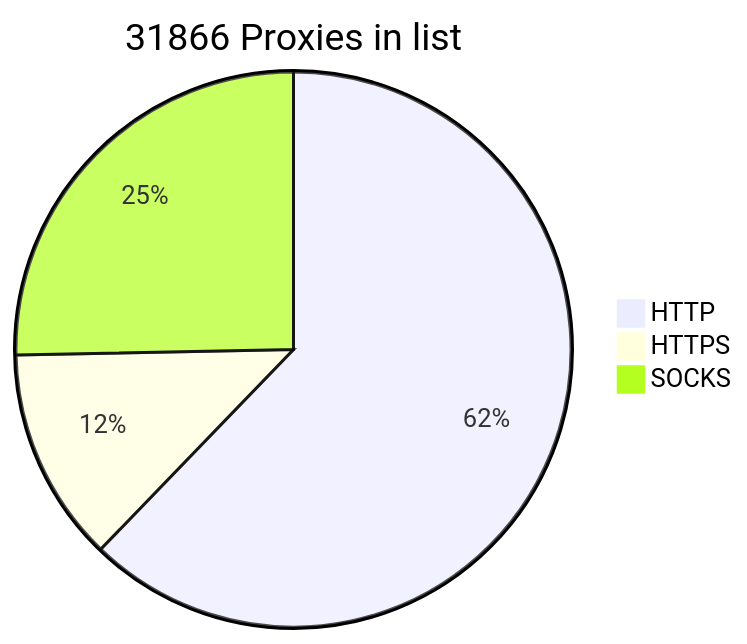
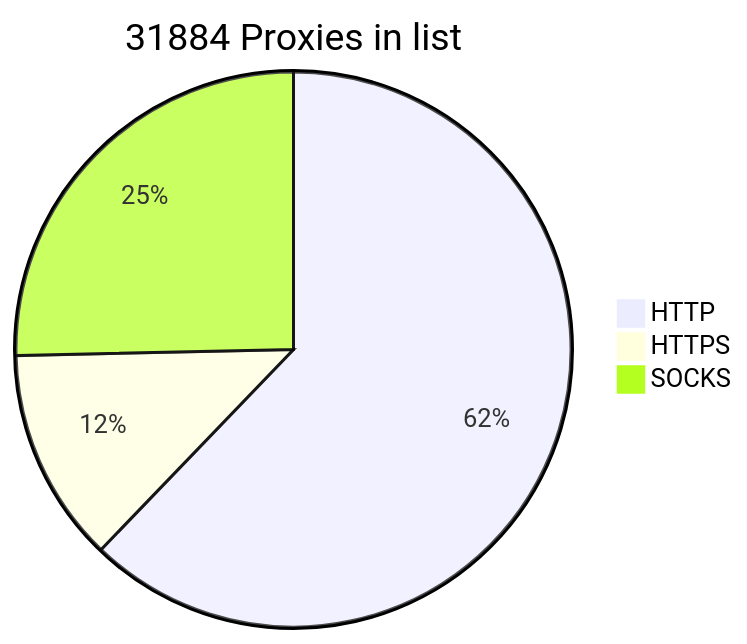
One commit to BlackSnowDot/proxylist-update-every-minute changed the diagram in README.md. Above: the diagram before and after it, drawn with Mermaid.

````diff
--- a/README.md
+++ b/README.md
@@ -2,6 +2,6 @@
 ```mermaid
-pie title 31866 Proxies in list
+pie title 31884 Proxies in list
     "HTTP" : 21908
     "HTTPS": 4390
-    "SOCKS" : 8913
+    "SOCKS" : 8931
 ```
````
